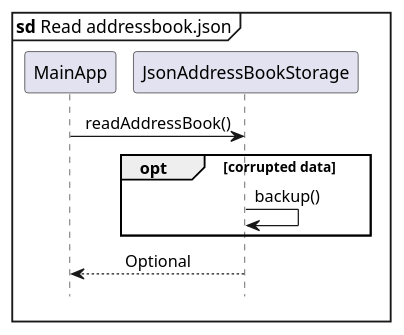
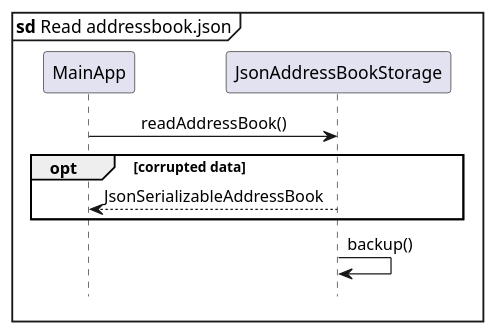
The diagram in docs/diagrams/ReadAddressBookSequenceDiagram.puml (pyk595/tp), drawn with PlantUML before and after one commit. The commit also changed 2 other files, not shown here.

Commit message:
Fix ReadAddressBookSequenceDiagram

```diff
--- a/docs/diagrams/ReadAddressBookSequenceDiagram.puml
+++ b/docs/diagrams/ReadAddressBookSequenceDiagram.puml
@@ -1,26 +1,27 @@
 @startuml
 'https://plantuml.com/sequence-diagram
 
 mainframe **sd** Read addressbook.json
 hide footbox
 
 skinparam Sequence {
     MessageAlign center
     BoxFontSize 15
     BoxPadding 0
     BoxFontColor #FFFFFF
     FontName Arial
 }
 Participant "MainApp" as main
 Participant "JsonAddressBookStorage" as storage
 
 main -> storage: readAddressBook()
 
 
 opt corrupted data
-storage -> storage: backup()
+storage --> main: JsonSerializableAddressBook
 end
 
-storage --> main: Optional
+storage -> storage: backup()
+
 
 @enduml
```
